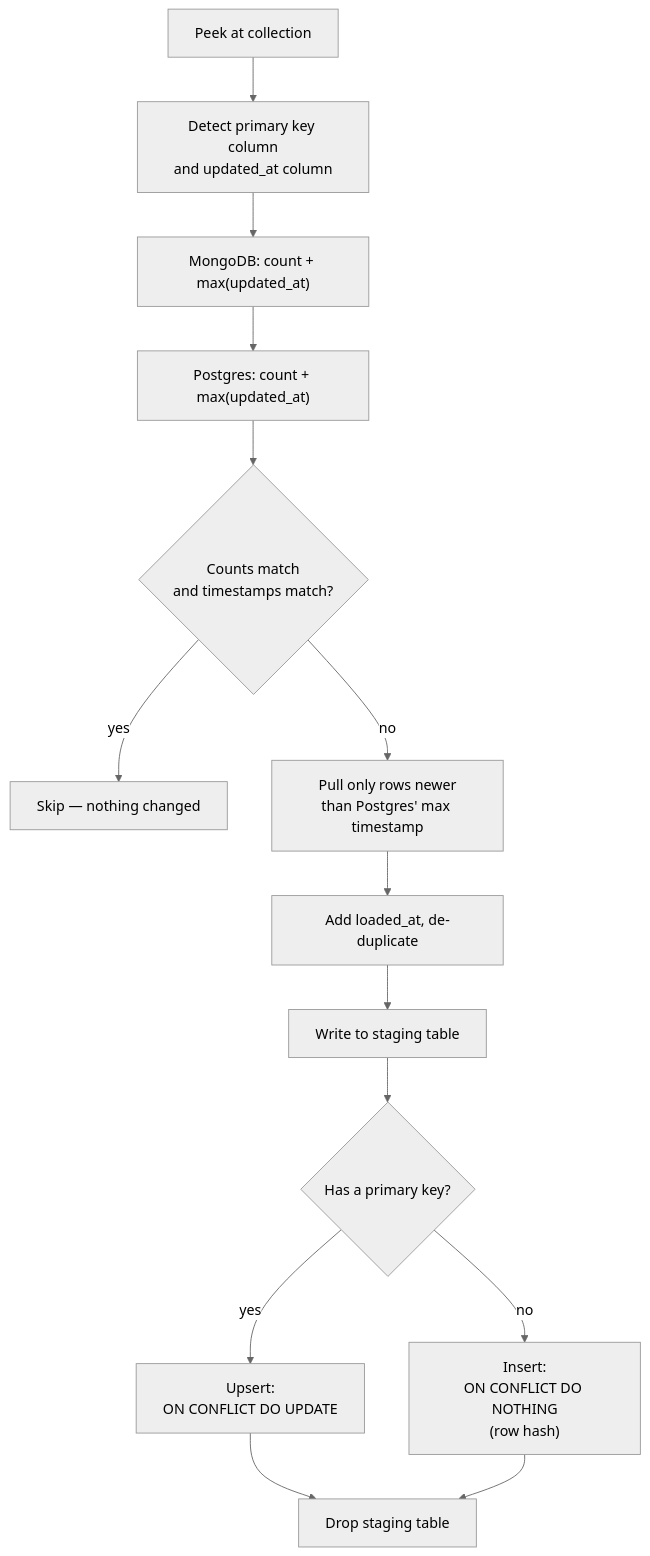
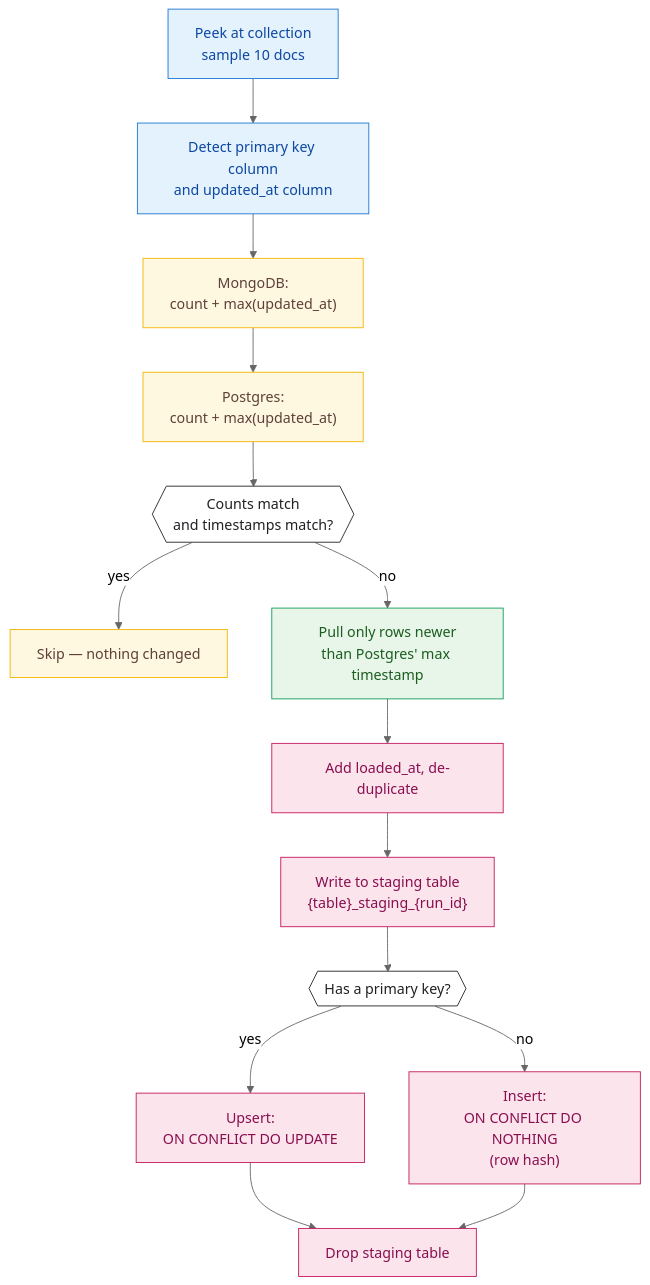
The third of 6 diagrams in docs/ARCHITECTURE.md (Nitinx12/Bike-Store-Relational-Database), drawn with Mermaid (neutral theme) before and after one commit. The commit also changed other lines of this file and 7 other files, not shown here.

First line of the commit message:
docs: refresh all docs with colored Mermaid diagrams and fix paths

````diff
--- a/docs/ARCHITECTURE.md
+++ b/docs/ARCHITECTURE.md
@@ -30,16 +77,36 @@
 ```mermaid
 flowchart TD
-    A[Peek at collection] --> B["Detect primary key column<br/>and updated_at column"]
-    B --> C["MongoDB: count + max(updated_at)"]
-    C --> D["Postgres: count + max(updated_at)"]
-    D --> E{Counts match<br/>and timestamps match?}
-    E -->|yes| F["Skip — nothing changed"]
-    E -->|no| G["Pull only rows newer<br/>than Postgres' max timestamp"]
-    G --> H["Add loaded_at, de-duplicate"]
-    H --> I["Write to staging table"]
-    I --> J{Has a primary key?}
-    J -->|yes| K["Upsert:<br/>ON CONFLICT DO UPDATE"]
-    J -->|no| L["Insert:<br/>ON CONFLICT DO NOTHING<br/>(row hash)"]
-    K --> M["Drop staging table"]
+    classDef detect fill:#e3f2fd,stroke:#1976d2,color:#0d47a1
+    classDef compare fill:#fff8e1,stroke:#f4b400,color:#5d4037
+    classDef read fill:#e8f5e9,stroke:#0f9d58,color:#1b5e20
+    classDef write fill:#fce4ec,stroke:#c2185b,color:#880e4f
+    classDef decision fill:#ffffff,stroke:#202124,color:#202124
+
+    A["Peek at collection<br/>sample 10 docs"]:::detect
+    B["Detect primary key column<br/>and updated_at column"]:::detect
+    C["MongoDB:<br/>count + max(updated_at)"]:::compare
+    D["Postgres:<br/>count + max(updated_at)"]:::compare
+    E{{"Counts match<br/>and timestamps match?"}}:::decision
+    F["Skip — nothing changed"]:::compare
+    G["Pull only rows newer<br/>than Postgres' max timestamp"]:::read
+    H["Add loaded_at, de-duplicate"]:::write
+    I["Write to staging table<br/>{table}_staging_{run_id}"]:::write
+    J{{"Has a primary key?"}}:::decision
+    K["Upsert:<br/>ON CONFLICT DO UPDATE"]:::write
+    L["Insert:<br/>ON CONFLICT DO NOTHING<br/>(row hash)"]:::write
+    M["Drop staging table"]:::write
+
+    A --> B
+    B --> C
+    C --> D
+    D --> E
+    E -->|yes| F
+    E -->|no| G
+    G --> H
+    H --> I
+    I --> J
+    J -->|yes| K
+    J -->|no| L
+    K --> M
     L --> M
 ```
````
